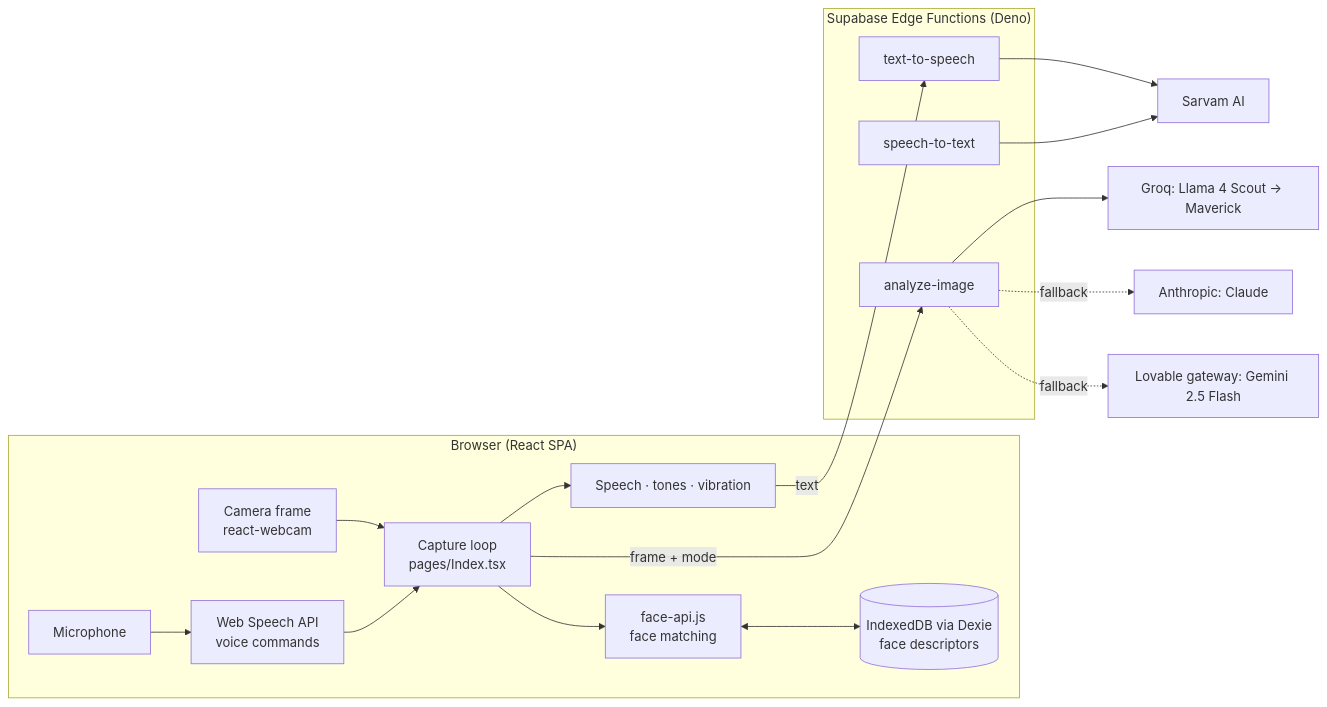
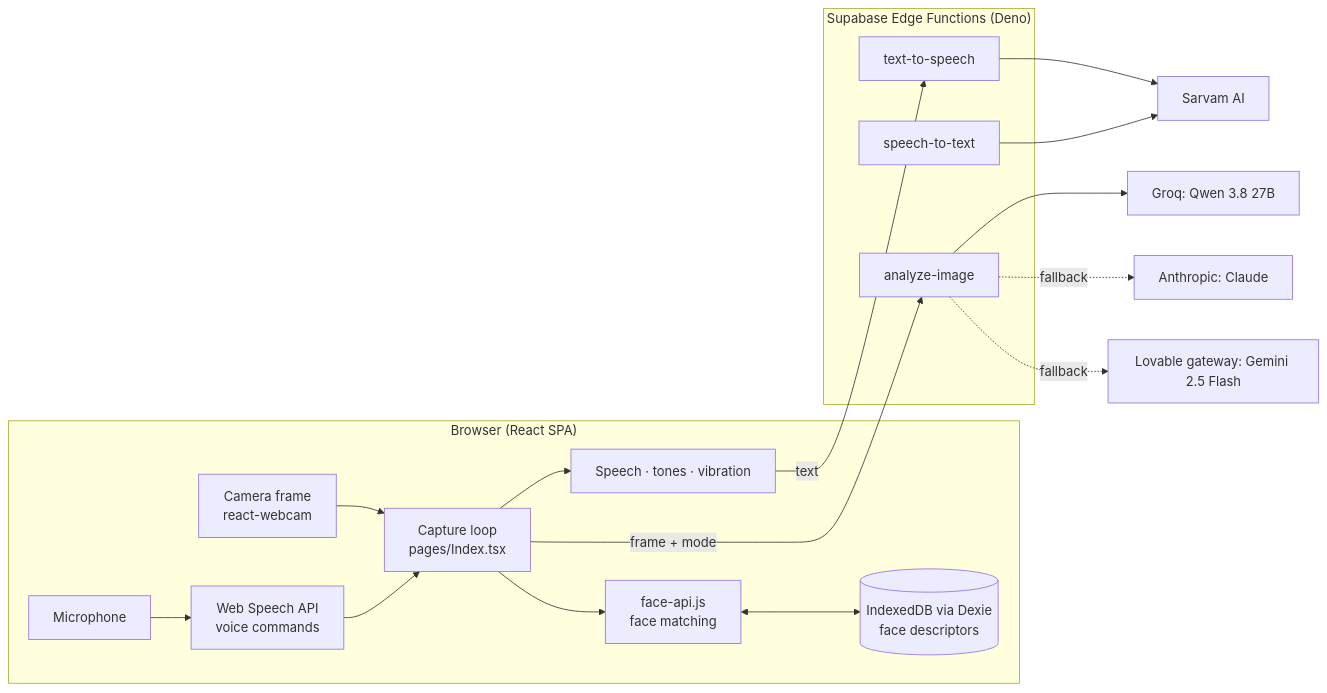
Before and after one commit to GannojiSathvik/Neuronarrator: the diagram in README.md, drawn with Mermaid. The commit also changed other lines of this file and 1 other file, not shown here.

First line of the commit message:
fix: move Groq vision to qwen3.8-27b after Llama 4 shutdown

````diff
--- a/README.md
+++ b/README.md
@@ -22,23 +22,23 @@
 ```mermaid
 flowchart LR
   subgraph Browser["Browser (React SPA)"]
     Cam[Camera frame<br/>react-webcam] --> Loop[Capture loop<br/>pages/Index.tsx]
     Mic[Microphone] --> Voice[Web Speech API<br/>voice commands]
     Voice --> Loop
     Loop --> Face[face-api.js<br/>face matching]
     Face <--> IDB[(IndexedDB via Dexie<br/>face descriptors)]
     Loop --> Out[Speech · tones · vibration]
   end
   Loop -- "frame + mode" --> AI[analyze-image]
   Out -- text --> TTS[text-to-speech]
   subgraph Edge["Supabase Edge Functions (Deno)"]
     AI
     TTS
     STT[speech-to-text]
   end
-  AI --> Groq[Groq: Llama 4 Scout → Maverick]
+  AI --> Groq[Groq: Qwen 3.8 27B]
   AI -. fallback .-> Claude[Anthropic: Claude]
   AI -. fallback .-> Gemini[Lovable gateway: Gemini 2.5 Flash]
   TTS --> Sarvam[Sarvam AI]
   STT --> Sarvam
 ```
````
